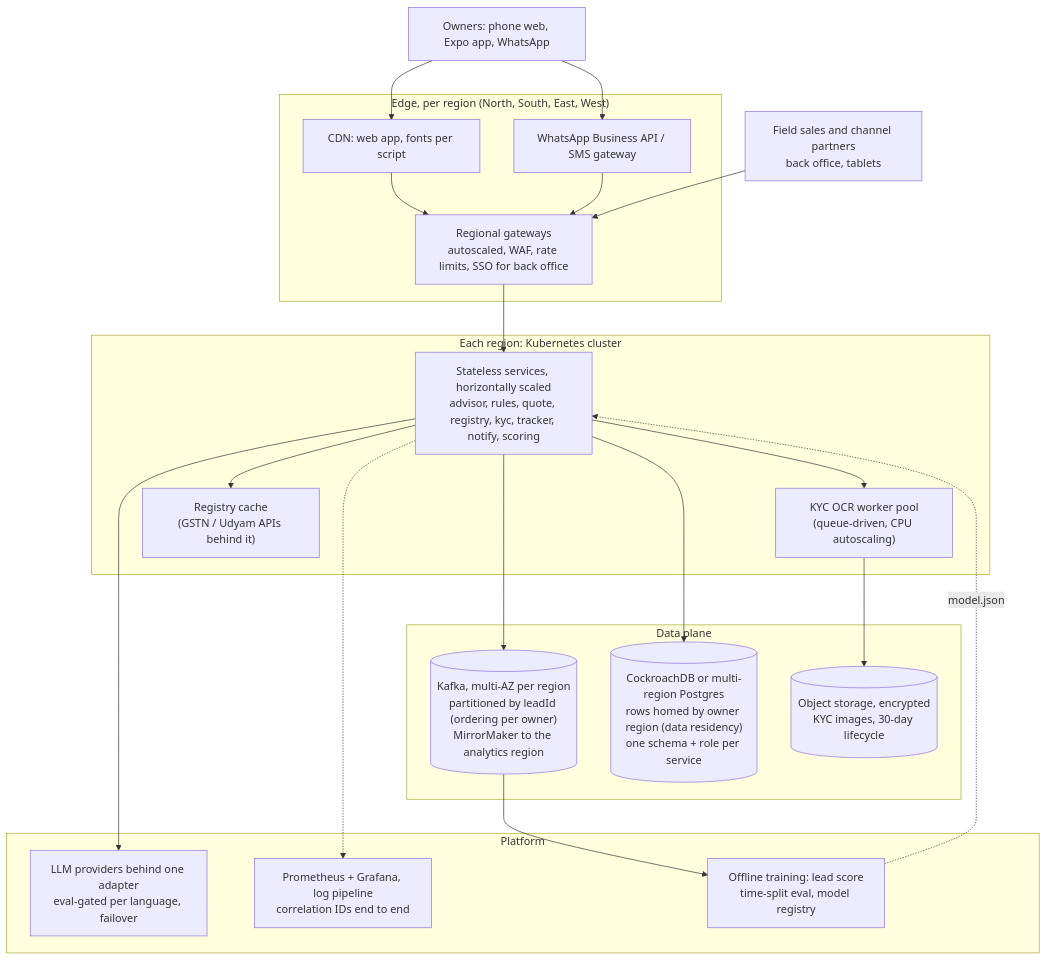
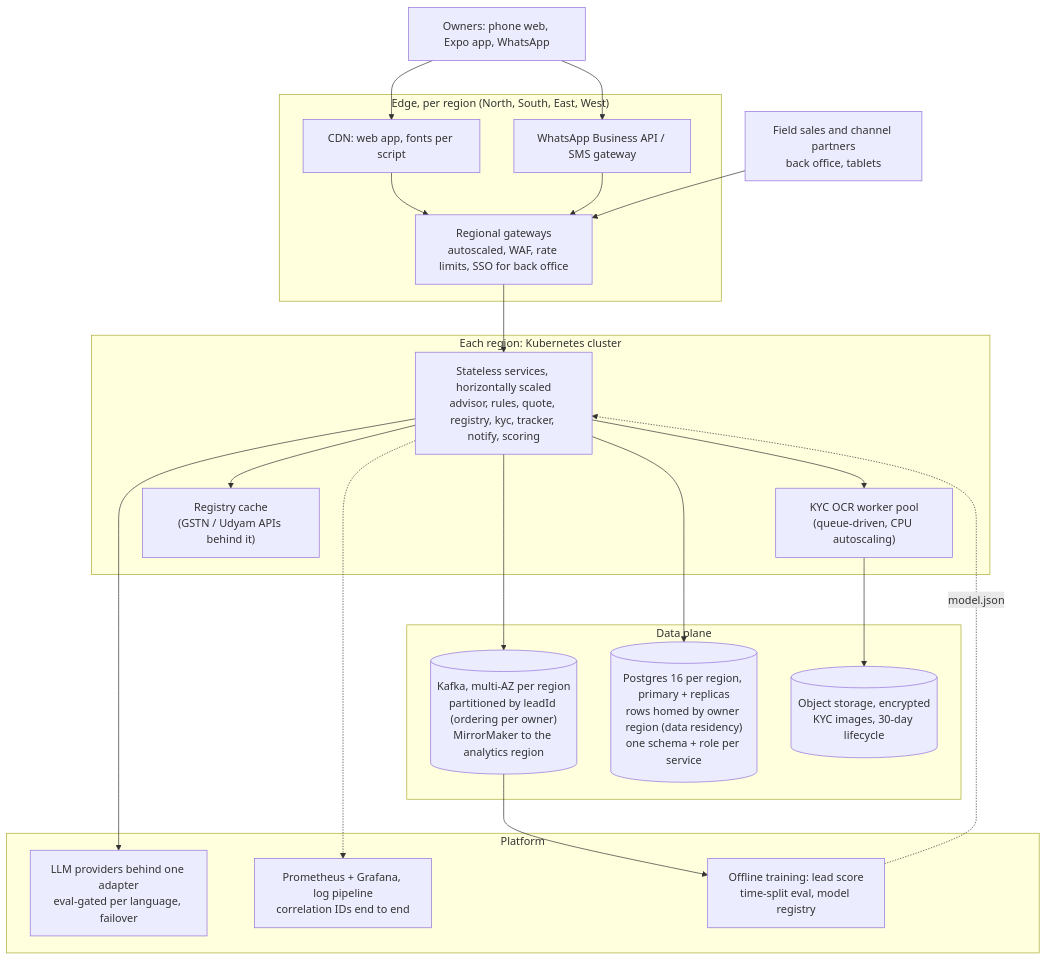
Before and after one commit to D-Vspec/AirtelHack: the second of 2 diagrams in docs/architecture.md, drawn with Mermaid. The commit also changed other lines of this file and 7 other files, not shown here.

Commit message:
Architecture: simple slide diagram with the LLM boundary; OTP sign-in, KYC reuse, image retention and one database choice in the full diagrams

````diff
--- a/docs/architecture.md
+++ b/docs/architecture.md
@@ -56,40 +58,40 @@
 ```mermaid
 flowchart TB
   subgraph Edge["Edge, per region (North, South, East, West)"]
     CDN["CDN: web app, fonts per script"]
     WA["WhatsApp Business API / SMS gateway"]
     RGW["Regional gateways<br/>autoscaled, WAF, rate limits, SSO for back office"]
   end
   OWN["Owners: phone web, Expo app, WhatsApp"] --> CDN & WA
   CDN --> RGW
   WA --> RGW
   PART["Field sales and channel partners<br/>back office, tablets"] --> RGW
 
   subgraph Region["Each region: Kubernetes cluster"]
     SVC["Stateless services, horizontally scaled<br/>advisor, rules, quote, registry, kyc, tracker, notify, scoring"]
     OCR["KYC OCR worker pool<br/>(queue-driven, CPU autoscaling)"]
     CACHE["Registry cache<br/>(GSTN / Udyam APIs behind it)"]
   end
   RGW --> SVC
   SVC --> OCR
   SVC --> CACHE
 
   subgraph Data["Data plane"]
     KAF[("Kafka, multi-AZ per region<br/>partitioned by leadId (ordering per owner)<br/>MirrorMaker to the analytics region")]
-    DB[("CockroachDB or multi-region Postgres<br/>rows homed by owner region (data residency)<br/>one schema + role per service")]
+    DB[("Postgres 16 per region, primary + replicas<br/>rows homed by owner region (data residency)<br/>one schema + role per service")]
     OBJ[("Object storage, encrypted<br/>KYC images, 30-day lifecycle")]
   end
   SVC --> KAF
   SVC --> DB
   OCR --> OBJ
 
   subgraph Platform
     LLM["LLM providers behind one adapter<br/>eval-gated per language, failover"]
     OBS["Prometheus + Grafana, log pipeline<br/>correlation IDs end to end"]
     ML["Offline training: lead score<br/>time-split eval, model registry"]
   end
   SVC --> LLM
   SVC -.-> OBS
   KAF --> ML
   ML -. "model.json" .-> SVC
 ```
````
